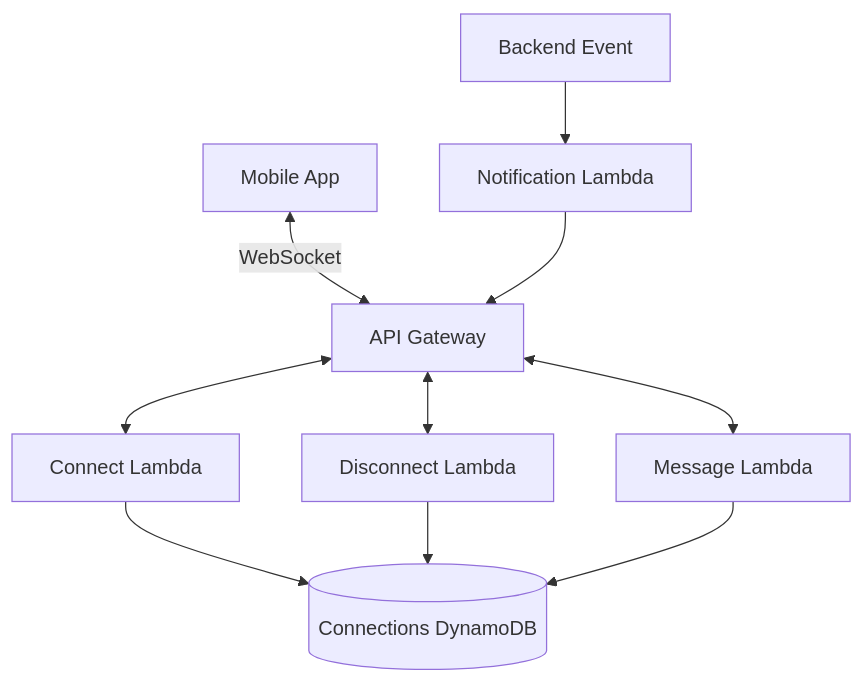
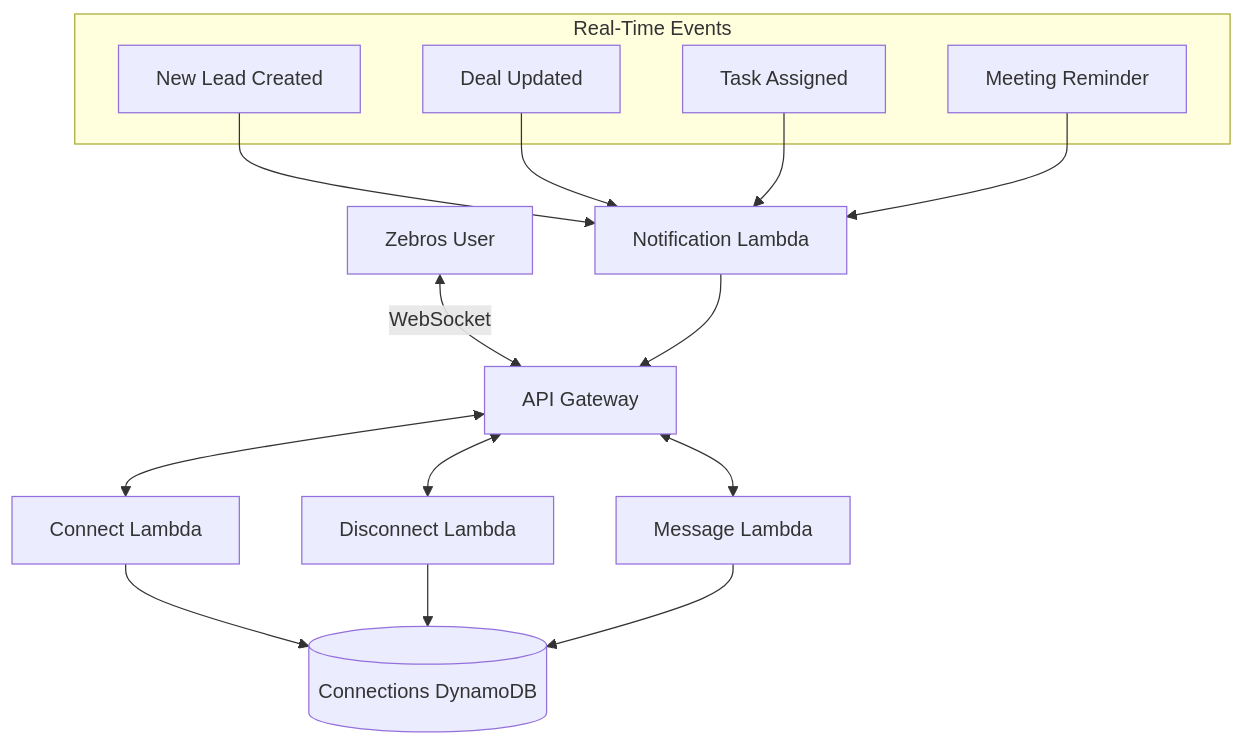
One commit to philkunz/fargate changed the seventh of 9 diagrams in architecture/api.md. Above: the diagram before and after it, drawn with Mermaid. The commit also changed other lines of this file and 11 other files, not shown here.

Commit message:
feat(documentation): Revamp Zebros CRM serverless architecture documentation with updated diagrams, expanded API, authentication, long-running tasks, data storage, and scaling details

````diff
--- a/architecture/api.md
+++ b/architecture/api.md
@@ -86,12 +165,24 @@
 ```mermaid
 flowchart TD
-    Client[Mobile App] <-->|WebSocket| API[API Gateway]
+    Client[Zebros User] <-->|WebSocket| API[API Gateway]
     API <--> WsConnect[Connect Lambda]
     API <--> WsDisconnect[Disconnect Lambda]
     API <--> WsMessage[Message Lambda]
     WsConnect --> ConnTable[(Connections DynamoDB)]
     WsDisconnect --> ConnTable
     WsMessage --> ConnTable
-    BackendEvent[Backend Event] --> Notification[Notification Lambda]
+    
+    subgraph "Real-Time Events"
+        NewLead[New Lead Created]
+        DealUpdated[Deal Updated]
+        TaskAssigned[Task Assigned]
+        MeetingReminder[Meeting Reminder]
+    end
+    
+    NewLead --> Notification[Notification Lambda]
+    DealUpdated --> Notification
+    TaskAssigned --> Notification
+    MeetingReminder --> Notification
+    
     Notification --> API
 ```
````
